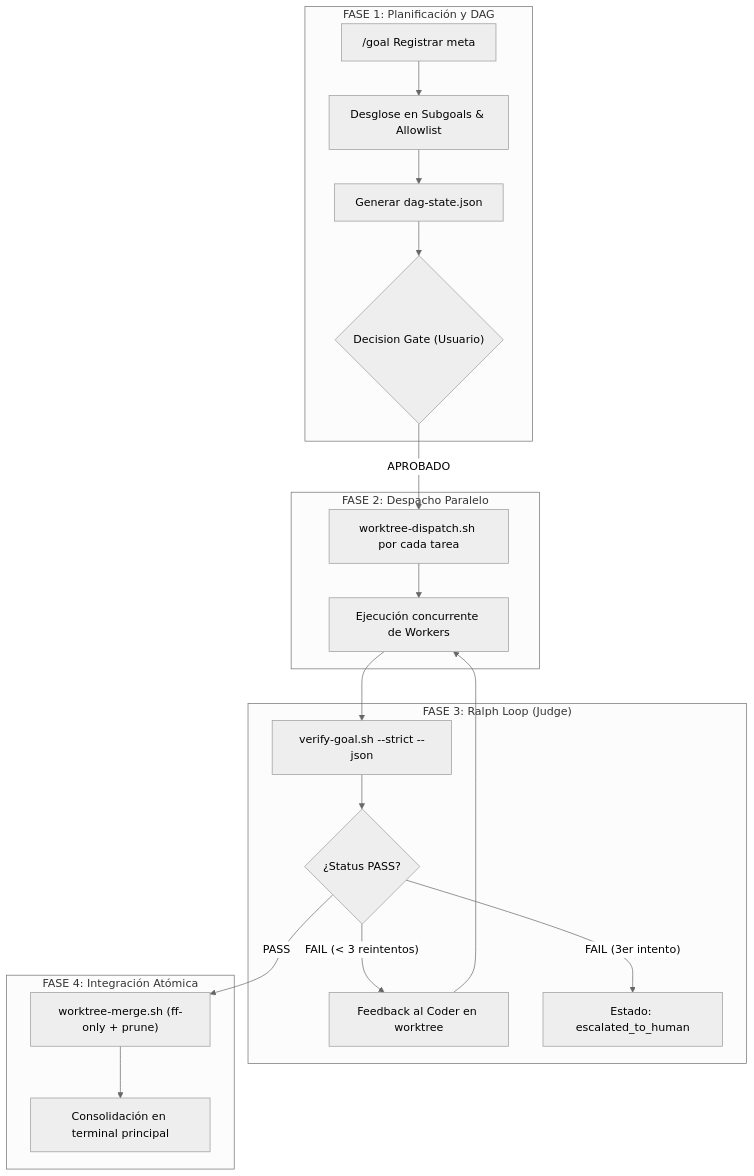
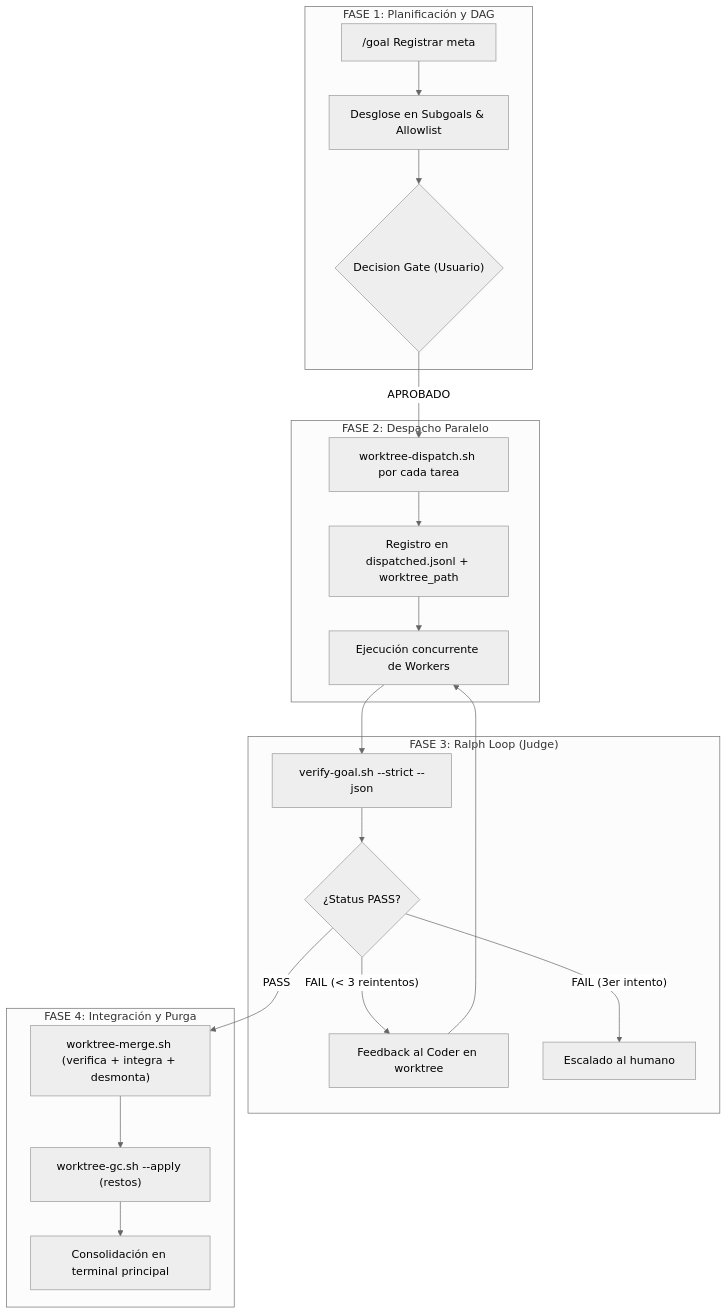
The diagram in .agents/workflows/parallel-orchestration.md (romensuarezr/agent-os), drawn with Mermaid (neutral theme) before and after one commit. The commit also changed other lines of this file and 9 other files, not shown here.

````diff
--- a/.agents/workflows/parallel-orchestration.md
+++ b/.agents/workflows/parallel-orchestration.md
@@ -41,26 +60,27 @@
 ```mermaid
 flowchart TD
     subgraph F1["FASE 1: Planificación y DAG"]
         G["/goal Registrar meta"] --> D["Desglose en Subgoals & Allowlist"]
-        D --> P["Generar dag-state.json"]
-        P --> DecisionGate{"Decision Gate (Usuario)"}
+        D --> DecisionGate{"Decision Gate (Usuario)"}
     end
 
     subgraph F2["FASE 2: Despacho Paralelo"]
         DecisionGate -- APROBADO --> Dispatch["worktree-dispatch.sh por cada tarea"]
-        Dispatch --> SpawnWorkers["Ejecución concurrente de Workers"]
+        Dispatch --> Record["Registro en dispatched.jsonl + worktree_path"]
+        Record --> SpawnWorkers["Ejecución concurrente de Workers"]
     end
 
     subgraph F3["FASE 3: Ralph Loop (Judge)"]
         SpawnWorkers --> GateJudge["verify-goal.sh --strict --json"]
         GateJudge --> JudgeVerdict{"¿Status PASS?"}
         JudgeVerdict -- FAIL (< 3 reintentos) --> Retry["Feedback al Coder en worktree"]
         Retry --> SpawnWorkers
-        JudgeVerdict -- FAIL (3er intento) --> HumanEscalate["Estado: escalated_to_human"]
+        JudgeVerdict -- FAIL (3er intento) --> HumanEscalate["Escalado al humano"]
     end
 
-    subgraph F4["FASE 4: Integración Atómica"]
-        JudgeVerdict -- PASS --> Merge["worktree-merge.sh (ff-only + prune)"]
-        Merge --> Digest["Consolidación en terminal principal"]
+    subgraph F4["FASE 4: Integración y Purga"]
+        JudgeVerdict -- PASS --> Merge["worktree-merge.sh (verifica + integra + desmonta)"]
+        Merge --> GCD["worktree-gc.sh --apply (restos)"]
+        GCD --> Digest["Consolidación en terminal principal"]
     end
 ```
````
